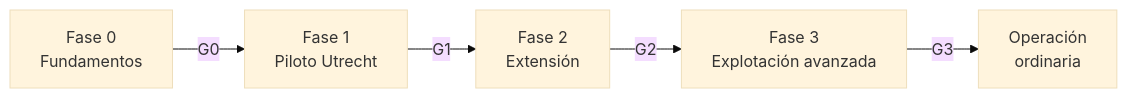
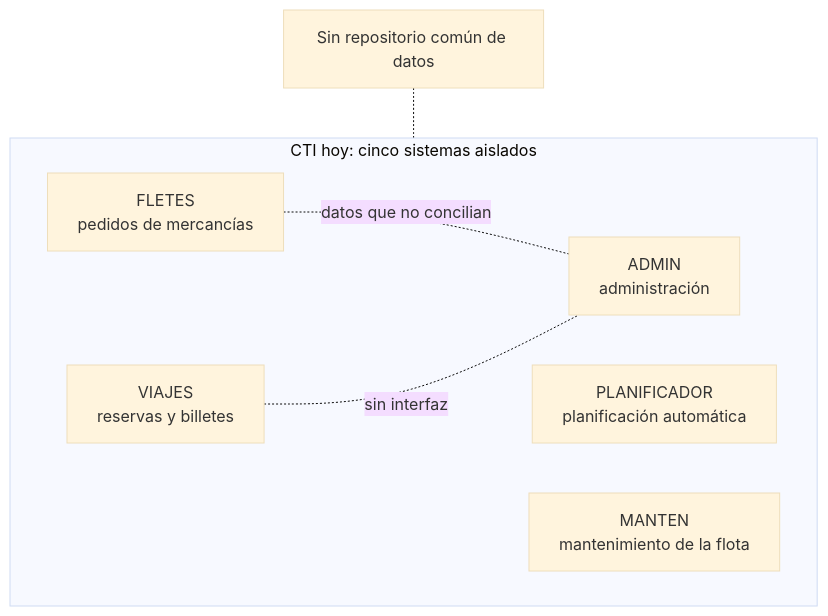
The second of 3 diagrams in README.md (AlejoTechEngineer/estudio-viabilidad-bigdata-cti), drawn with Mermaid (base theme) before and after one commit. The commit also changed other lines of this file, not shown here.

````diff
--- a/README.md
+++ b/README.md
@@ -179,7 +151,13 @@
 ```mermaid
-flowchart LR
-    F0["Fase 0<br/>Fundamentos"] -->|G0| F1["Fase 1<br/>Piloto Utrecht"]
-    F1 -->|G1| F2["Fase 2<br/>Extensión"]
-    F2 -->|G2| F3["Fase 3<br/>Explotación avanzada"]
-    F3 -->|G3| O["Operación<br/>ordinaria"]
+flowchart TB
+    subgraph CTI["CTI hoy: cinco sistemas aislados"]
+        FL["FLETES<br/>pedidos de mercancías"]
+        VI["VIAJES<br/>reservas y billetes"]
+        AD["ADMIN<br/>administración"]
+        PL["PLANIFICADOR<br/>planificación automática"]
+        MA["MANTEN<br/>mantenimiento de la flota"]
+    end
+    FL -. "datos que no concilian" .- AD
+    VI -. "sin interfaz" .- AD
+    X["Sin repositorio común de datos"] -.- CTI
 ```
````
